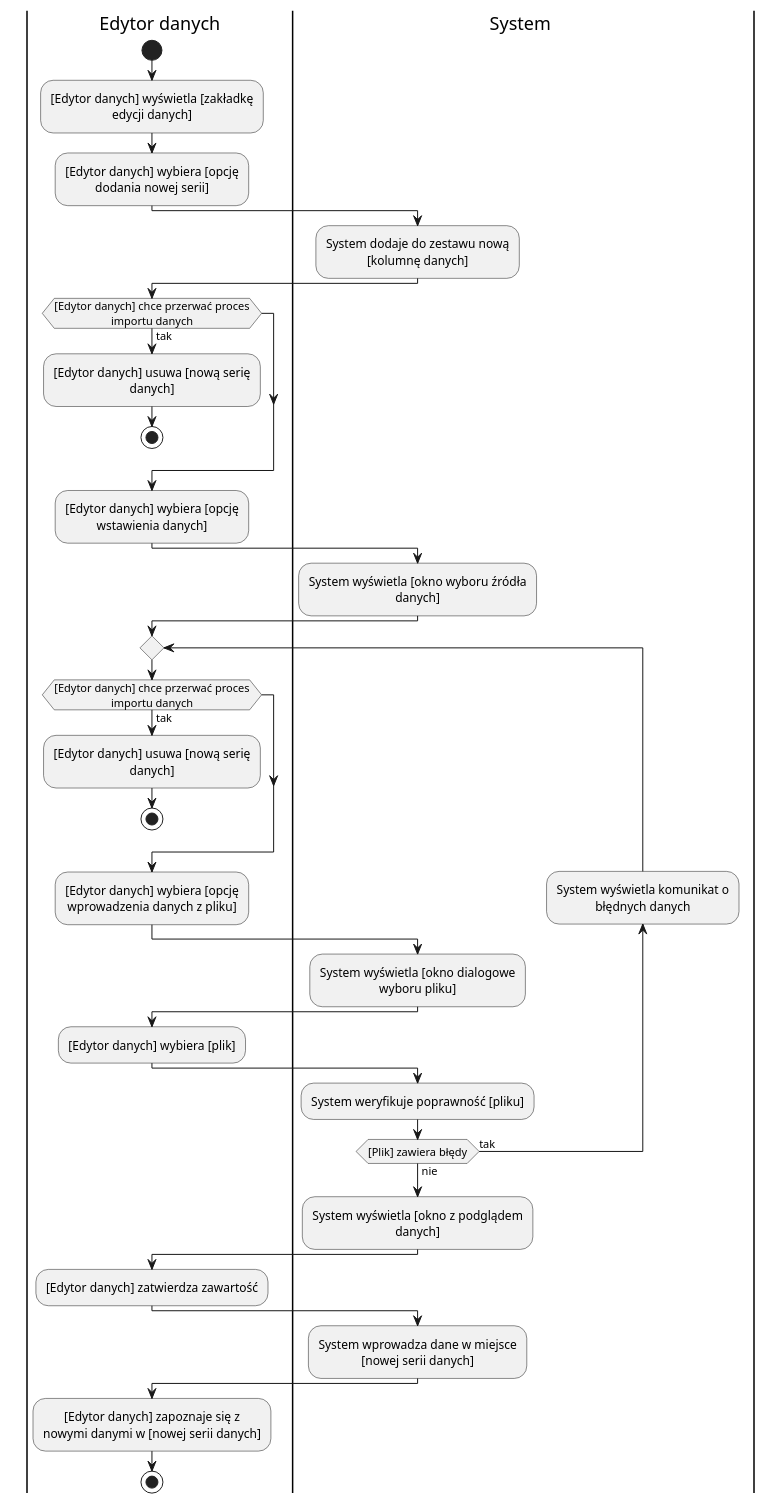
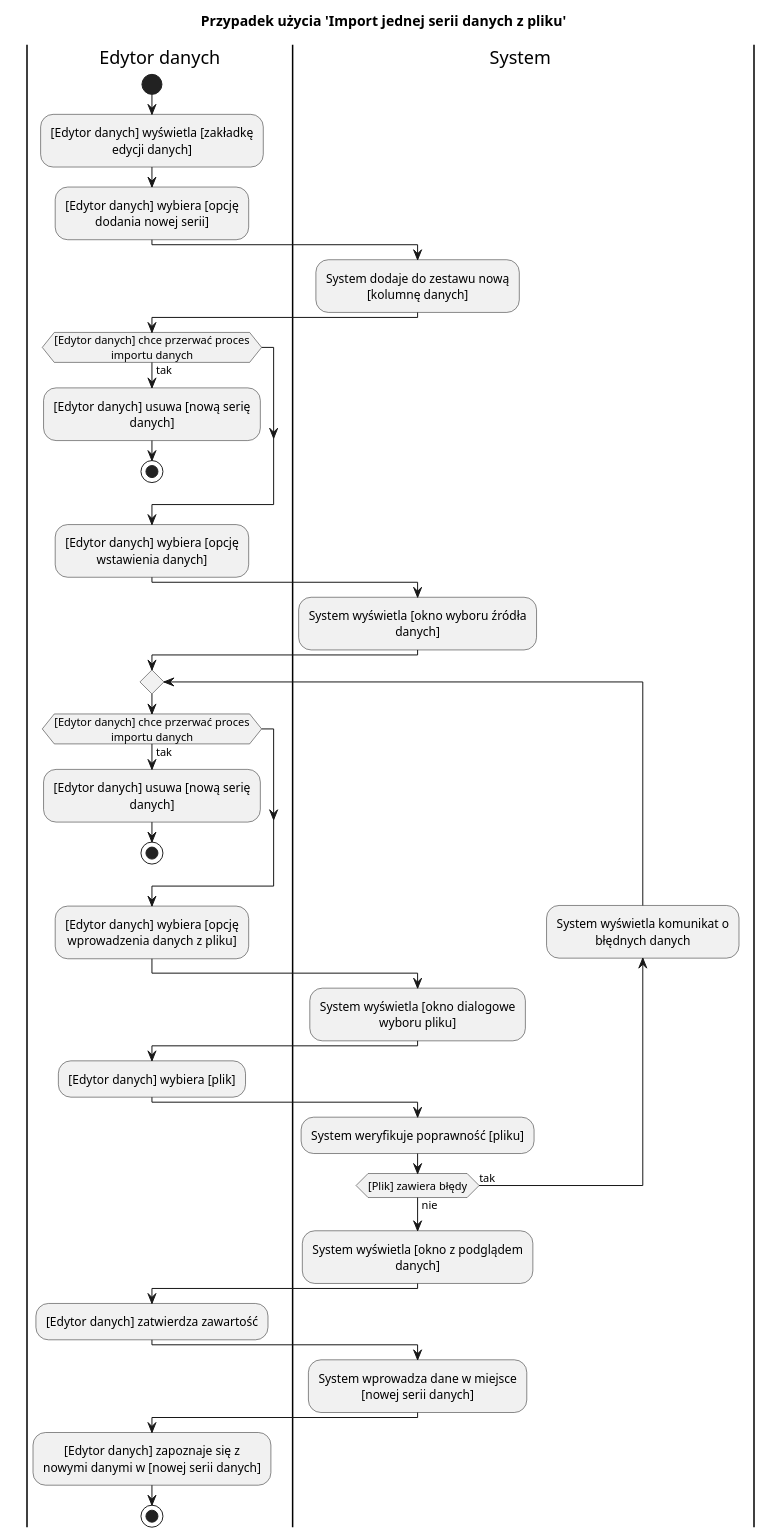
The diagram in src/requirements/usecases/scenarios/usecase__import_jednej_serii_danych_z_pliku.puml (resultfulness/pgui-uml), drawn with PlantUML before and after one commit. The commit also changed 9 other files, not shown here.

```diff
--- a/src/requirements/usecases/scenarios/usecase__import_jednej_serii_danych_z_pliku.puml
+++ b/src/requirements/usecases/scenarios/usecase__import_jednej_serii_danych_z_pliku.puml
@@ -1,62 +1,64 @@
 @startuml
 skinparam DefaultTextAlignment center
 skinparam WrapWidth 220
 skinparam SwimlaneWidth 300
+
+title Przypadek użycia 'Import jednej serii danych z pliku'
 
 |e| Edytor danych
 |s| System
 
 |e|
 start
 :[Edytor danych] wyświetla [zakładkę edycji danych];
 :[Edytor danych] wybiera [opcję dodania nowej serii];
 
 |s|
 :System dodaje do zestawu nową [kolumnę danych];
 
 |e|
 if ([Edytor danych] chce przerwać proces importu danych) then (tak)
     :[Edytor danych] usuwa [nową serię danych];
     stop
 endif
 
 |e|
 :[Edytor danych] wybiera [opcję wstawienia danych];
 
 |s|
 :System wyświetla [okno wyboru źródła danych];
 
 |e|
 repeat
     if ([Edytor danych] chce przerwać proces importu danych) then (tak)
         :[Edytor danych] usuwa [nową serię danych];
         stop
     endif
     :[Edytor danych] wybiera [opcję wprowadzenia danych z pliku];
 
     |s|
     :System wyświetla [okno dialogowe wyboru pliku];
 
     |e|
     :[Edytor danych] wybiera [plik];
 
     |s|
     :System weryfikuje poprawność [pliku];
 
     backward:System wyświetla komunikat o błędnych danych;
 repeat while ([Plik] zawiera błędy) is (tak) not (nie)
 
 |s|
 :System wyświetla [okno z podglądem danych];
 
 |e|
 :[Edytor danych] zatwierdza zawartość;
 
 |s|
 :System wprowadza dane w miejsce [nowej serii danych];
 
 |e|
 :[Edytor danych] zapoznaje się z nowymi danymi w [nowej serii danych];
 
 stop
 @enduml
```
